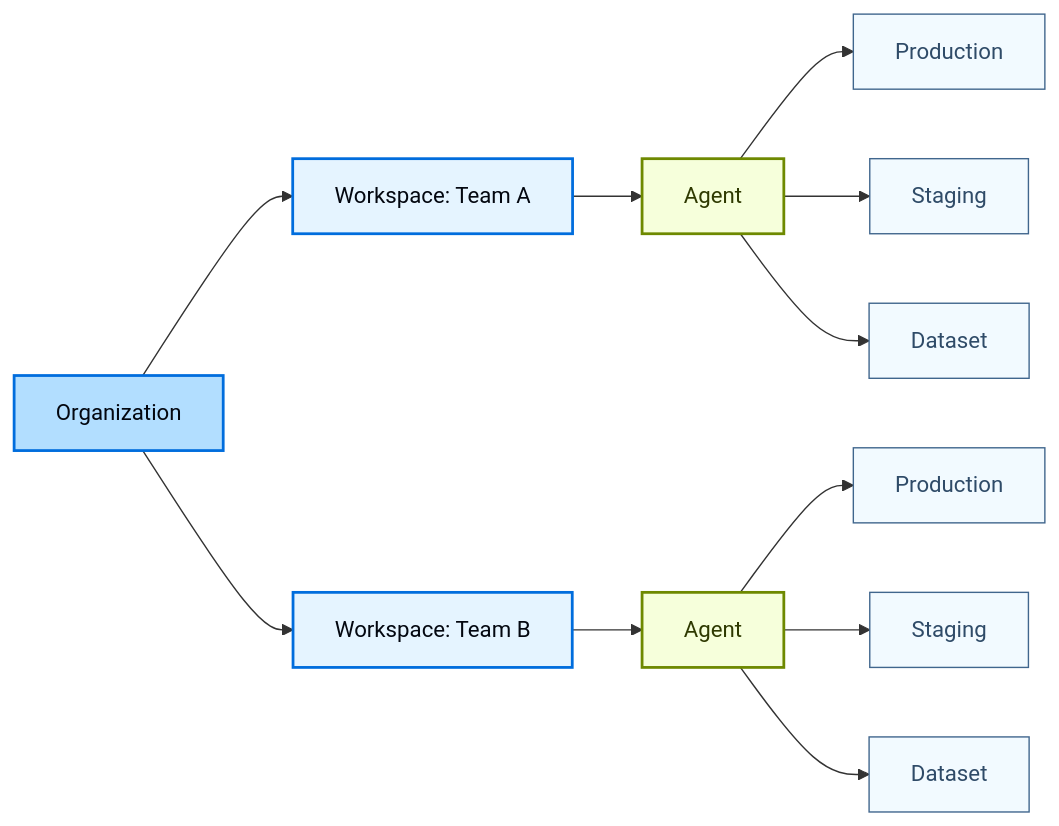
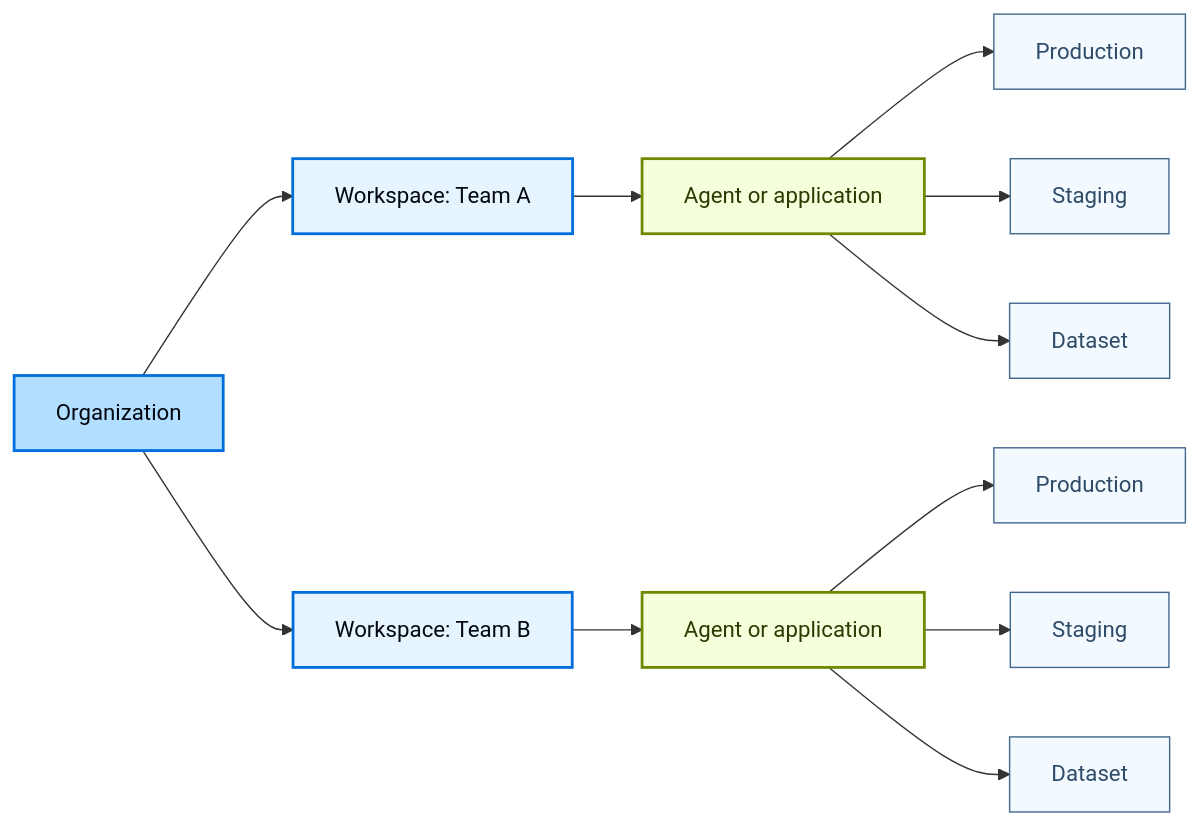
One commit to langchain-ai/docs changed the first of 3 diagrams in src/langsmith/workload-isolation.mdx. Above: the diagram before and after it, drawn with Mermaid. The commit also changed other lines of this file and 9 other files, not shown here.

````diff
--- a/src/langsmith/workload-isolation.mdx
+++ b/src/langsmith/workload-isolation.mdx
@@ -30,42 +32,42 @@
 ```mermaid actions={false}
 graph LR
     Org[Organization]
 
     WS1[Workspace: Team A]
     WS2[Workspace: Team B]
 
-    AgentA[Agent]
-    AgentB[Agent]
+    AgentA[Agent or application]
+    AgentB[Agent or application]
 
     ProdA[Production]
     StagingA[Staging]
     DatasetA[Dataset]
 
     ProdB[Production]
     StagingB[Staging]
     DatasetB[Dataset]
 
     Org --> WS1
     Org --> WS2
 
     WS1 --> AgentA
     WS2 --> AgentB
 
     AgentA --> ProdA
     AgentA --> StagingA
     AgentA --> DatasetA
 
     AgentB --> ProdB
     AgentB --> StagingB
     AgentB --> DatasetB
 
     classDef orgStyle fill:#B2DEFF,stroke:#006DDD,stroke-width:2px,color:#030710
     classDef wsStyle fill:#E5F4FF,stroke:#006DDD,stroke-width:2px,color:#030710
     classDef appStyle fill:#F6FFDB,stroke:#6E8900,stroke-width:2px,color:#2E3900
     classDef resourceStyle fill:#F2FAFF,stroke:#40668D,stroke-width:1px,color:#2F4B68
 
     class Org orgStyle
     class WS1,WS2 wsStyle
     class AgentA,AgentB appStyle
     class ProdA,StagingA,DatasetA,ProdB,StagingB,DatasetB resourceStyle
 ```
````
